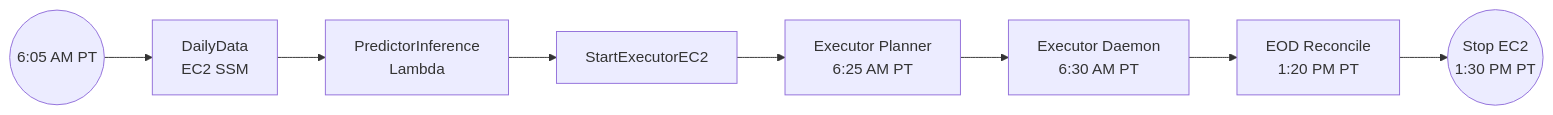
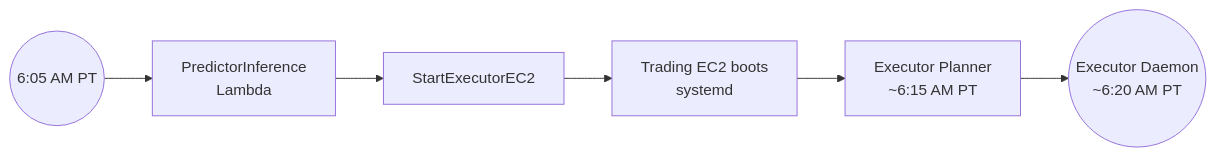
One commit to cipher813/alpha-engine-docs changed the third of 4 diagrams in README.md. Above: the diagram before and after it, drawn with Mermaid. The commit also changed other lines of this file, not shown here.

````diff
--- a/README.md
+++ b/README.md
@@ -111,10 +103,8 @@
 ```mermaid
 flowchart LR
-    Trigger((6:05 AM PT)) --> DD
-    DD[DailyData<br/>EC2 SSM] --> Inf
+    Trigger((6:05 AM PT)) --> Inf
     Inf[PredictorInference<br/>Lambda] --> Start
-    Start[StartExecutorEC2] --> EX
-    EX[Executor Planner<br/>6:25 AM PT] --> DM
-    DM[Executor Daemon<br/>6:30 AM PT] --> Reconcile
-    Reconcile[EOD Reconcile<br/>1:20 PM PT] --> Stop((Stop EC2<br/>1:30 PM PT))
+    Start[StartExecutorEC2] --> Boot
+    Boot[Trading EC2 boots<br/>systemd] --> Plan
+    Plan[Executor Planner<br/>~6:15 AM PT] --> Daemon((Executor Daemon<br/>~6:20 AM PT))
 ```
````
